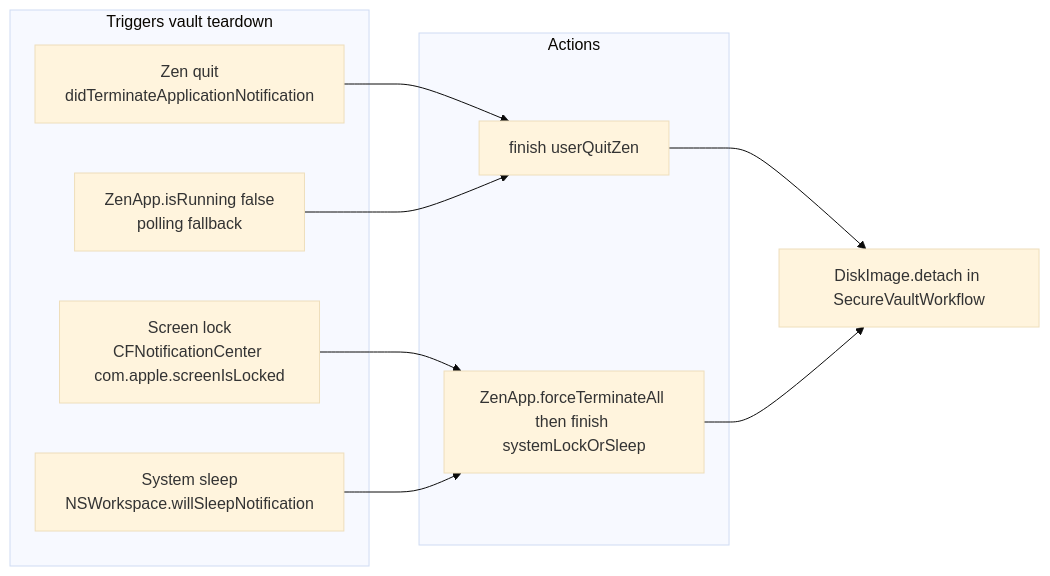
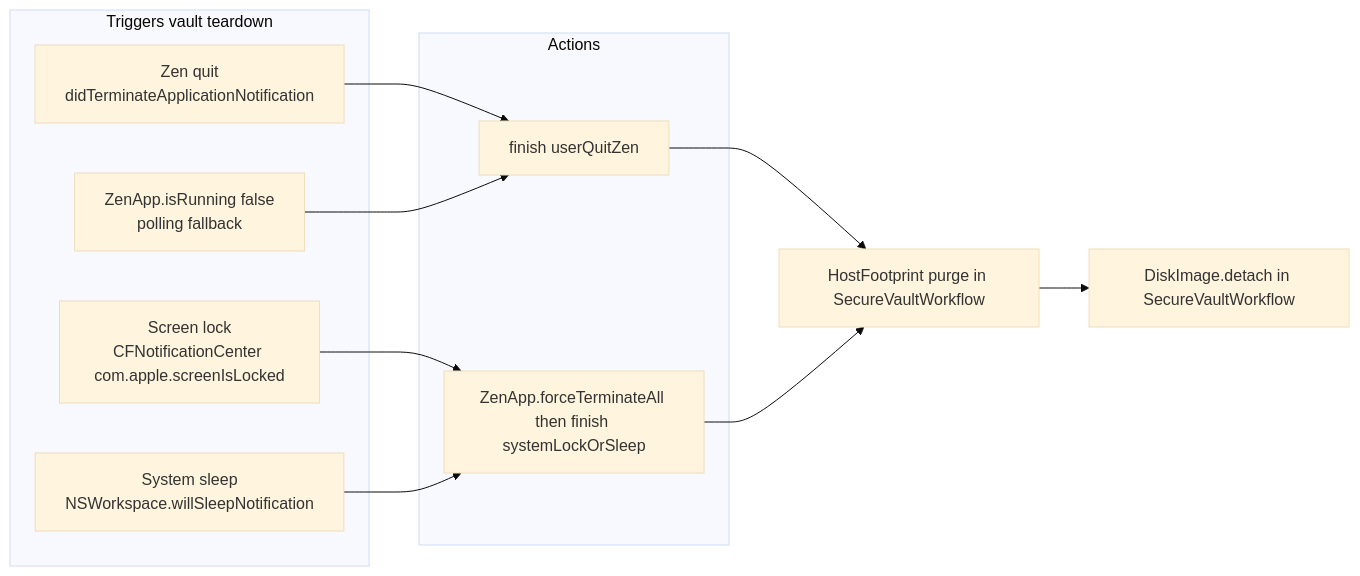
The fourth of 6 diagrams in პროფილი-README.md (Johann-Goncalves-Pereira/Raycast), drawn with Mermaid (base theme) before and after one commit. The commit also changed other lines of this file and 1 other file, not shown here.

First line of the commit message:
refactor ✨: Enhance Zen Secure Profile management and workflow

````diff
--- a/პროფილი-README.md
+++ b/პროფილი-README.md
@@ -130,22 +136,24 @@
 ```mermaid
 flowchart LR
     subgraph triggers [Triggers vault teardown]
         Quit[Zen quit<br/>didTerminateApplicationNotification]
         Poll[ZenApp.isRunning false<br/>polling fallback]
         Lock[Screen lock<br/>CFNotificationCenter com.apple.screenIsLocked]
         Sleep[System sleep<br/>NSWorkspace.willSleepNotification]
     end
 
     subgraph actions [Actions]
         NormalStop[finish userQuitZen]
         SecurityStop[ZenApp.forceTerminateAll then finish systemLockOrSleep]
     end
 
     Quit --> NormalStop
     Poll --> NormalStop
     Lock --> SecurityStop
     Sleep --> SecurityStop
 
-    NormalStop --> Eject[DiskImage.detach in SecureVaultWorkflow]
-    SecurityStop --> Eject
+    NormalStop --> Purge[HostFootprint purge in SecureVaultWorkflow]
+    SecurityStop --> Purge
+
+    Purge --> Eject[DiskImage.detach in SecureVaultWorkflow]
 ```
````
